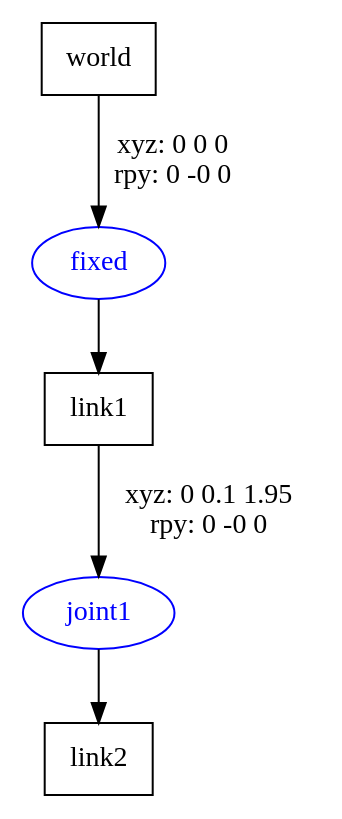
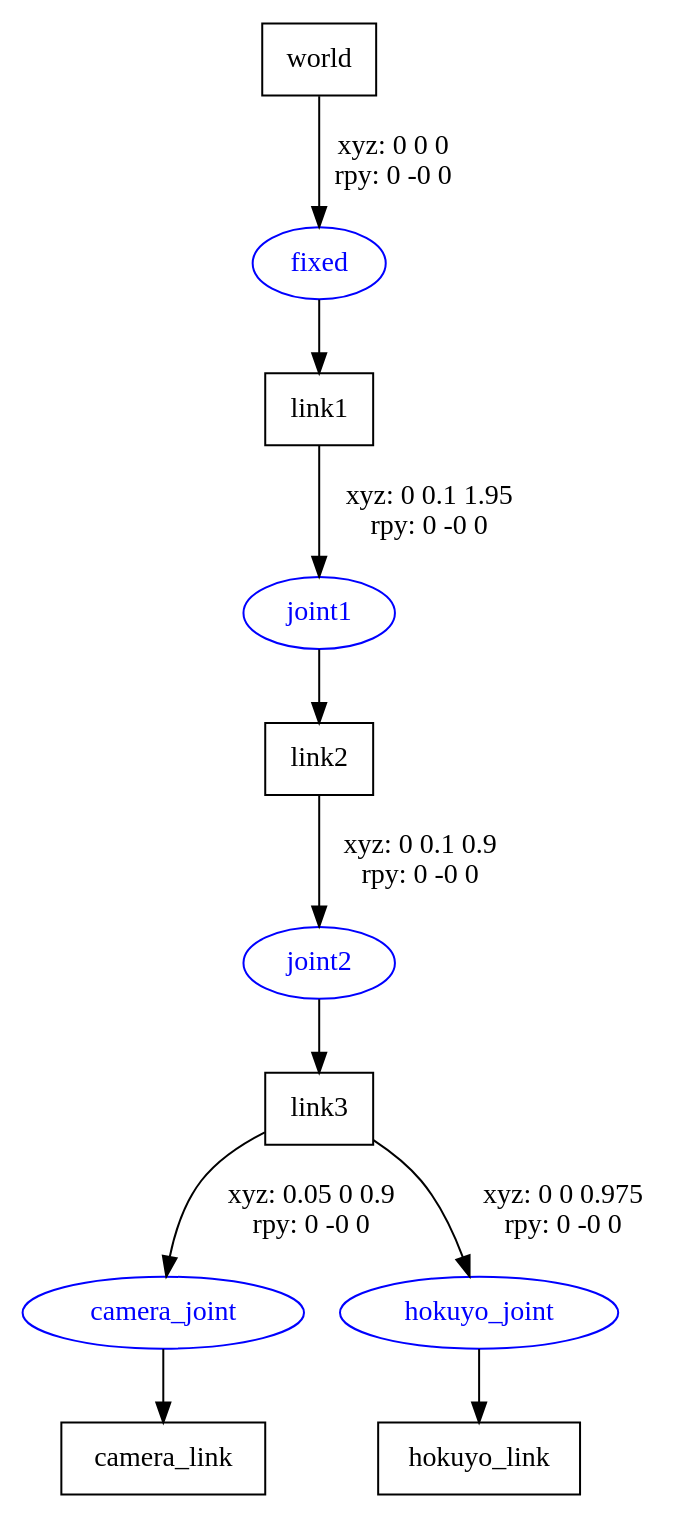
The diagram in ch_iii_working_with_ros_for_3d_modeling/src/rrbot_description/urdf/rrbot.gv (jslpm/mastering_ros_for_robotics_programming), drawn with Graphviz before and after one commit. The commit also changed 7 other files, not shown here.

```diff
--- a/ch_iii_working_with_ros_for_3d_modeling/src/rrbot_description/urdf/rrbot.gv
+++ b/ch_iii_working_with_ros_for_3d_modeling/src/rrbot_description/urdf/rrbot.gv
@@ -1,11 +1,20 @@
 digraph G {
 node [shape=box];
 "world" [label="world"];
 "link1" [label="link1"];
 "link2" [label="link2"];
+"link3" [label="link3"];
+"camera_link" [label="camera_link"];
+"hokuyo_link" [label="hokuyo_link"];
 node [shape=ellipse, color=blue, fontcolor=blue];
 "world" -> "fixed" [label="xyz: 0 0 0 \nrpy: 0 -0 0"]
 "fixed" -> "link1"
 "link1" -> "joint1" [label="xyz: 0 0.1 1.95 \nrpy: 0 -0 0"]
 "joint1" -> "link2"
+"link2" -> "joint2" [label="xyz: 0 0.1 0.9 \nrpy: 0 -0 0"]
+"joint2" -> "link3"
+"link3" -> "camera_joint" [label="xyz: 0.05 0 0.9 \nrpy: 0 -0 0"]
+"camera_joint" -> "camera_link"
+"link3" -> "hokuyo_joint" [label="xyz: 0 0 0.975 \nrpy: 0 -0 0"]
+"hokuyo_joint" -> "hokuyo_link"
 }
```
